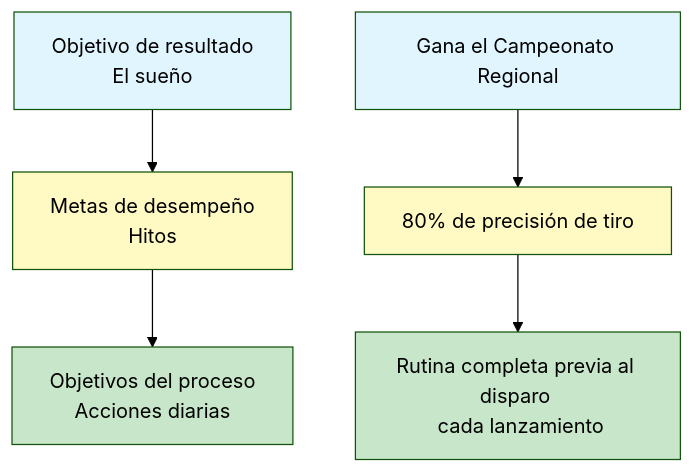
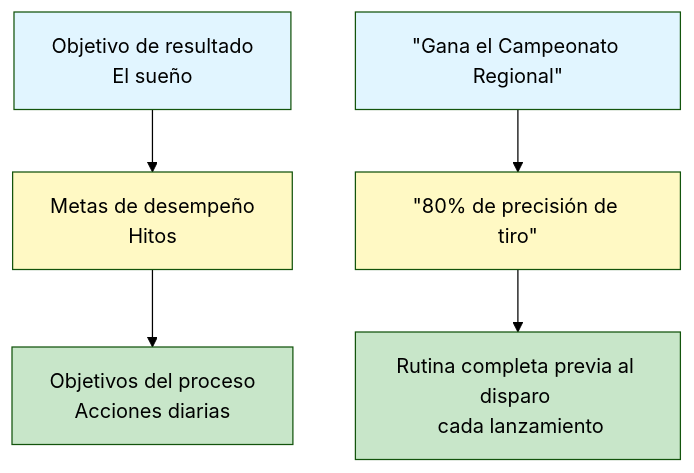
Before and after one commit to patwii/petanque-academy: the diagram in docs/es/education/goals/index.md, drawn with Mermaid (forest theme). The commit also changed other lines of this file and 532 other files, not shown here.

````diff
--- a/docs/es/education/goals/index.md
+++ b/docs/es/education/goals/index.md
@@ -42,15 +42,15 @@
 ```mermaid
 graph TD
     A[Objetivo de resultado <br/> El sueño] --> B[Metas de desempeño <br/> Hitos]
     B --> C[Objetivos del proceso <br/> Acciones diarias]
 
-    A2["Gana el Campeonato Regional"] --> B2["80% de precisión de tiro"]
-    B2 --> C2["Rutina completa previa al disparo <br/> cada lanzamiento"]
+    A2[&quot;Gana el Campeonato Regional&quot;] --> B2[&quot;80% de precisión de tiro&quot;]
+    B2 --> C2[&quot;Rutina completa previa al disparo <br/> cada lanzamiento&quot;]
 
     style A fill:#e1f5ff
     style B fill:#fff9c4
     style C fill:#c8e6c9
     style A2 fill:#e1f5ff
     style B2 fill:#fff9c4
     style C2 fill:#c8e6c9
 ```
````
